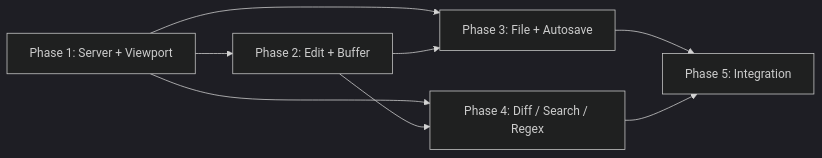
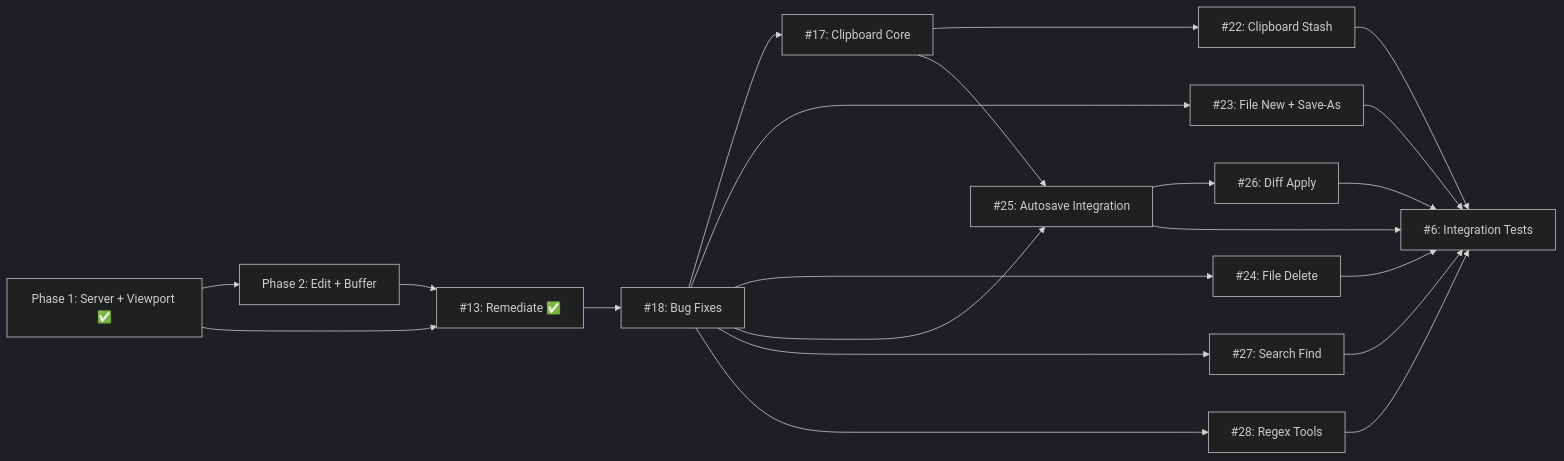
The diagram in 4/spec.md (michael-conrad/viewport-editor), drawn with Mermaid (dark theme) before and after one commit. The commit also changed other lines of this file and 47 other files, not shown here.

````diff
--- a/4/spec.md
+++ b/4/spec.md
@@ -63,16 +157,37 @@
 ```mermaid
 flowchart LR
-    P1[Phase 1: Server + Viewport]
-    P2[Phase 2: Edit + Buffer]
-    P3[Phase 3: File + Autosave]
-    P4[Phase 4: Diff / Search / Regex]
-    P5[Phase 5: Integration]
+    P1["Phase 1: Server + Viewport ✅"]
+    P2["Phase 2: Edit + Buffer"]
+    R13["#13: Remediate ✅"]
+    R18["#18: Bug Fixes"]
+    R17["#17: Clipboard Core"]
+    R22["#22: Clipboard Stash"]
+    I23["#23: File New + Save-As"]
+    I24["#24: File Delete"]
+    I25["#25: Autosave Integration"]
+    I26["#26: Diff Apply"]
+    I27["#27: Search Find"]
+    I28["#28: Regex Tools"]
+    P5["#6: Integration Tests"]
 
     P1 --> P2
-    P1 --> P3
-    P2 --> P3
-    P1 --> P4
-    P2 --> P4
-    P3 --> P5
-    P4 --> P5
+    P1 --> R13
+    P2 --> R13
+    R13 --> R18
+    R18 --> R17
+    R17 --> R22
+    R18 --> I23
+    R18 --> I24
+    R18 --> I25
+    R17 --> I25
+    I25 --> I26
+    R18 --> I27
+    R18 --> I28
+    R22 --> P5
+    I23 --> P5
+    I24 --> P5
+    I25 --> P5
+    I26 --> P5
+    I27 --> P5
+    I28 --> P5
 ```
````
